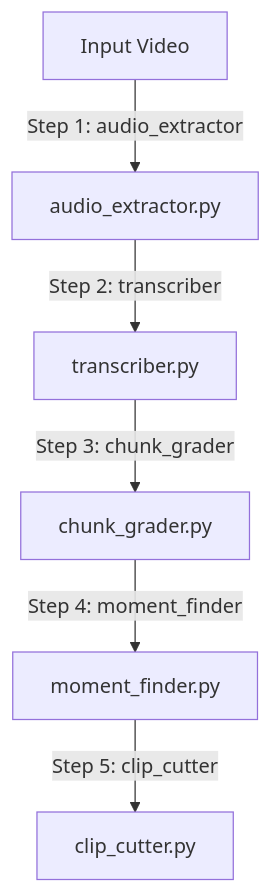
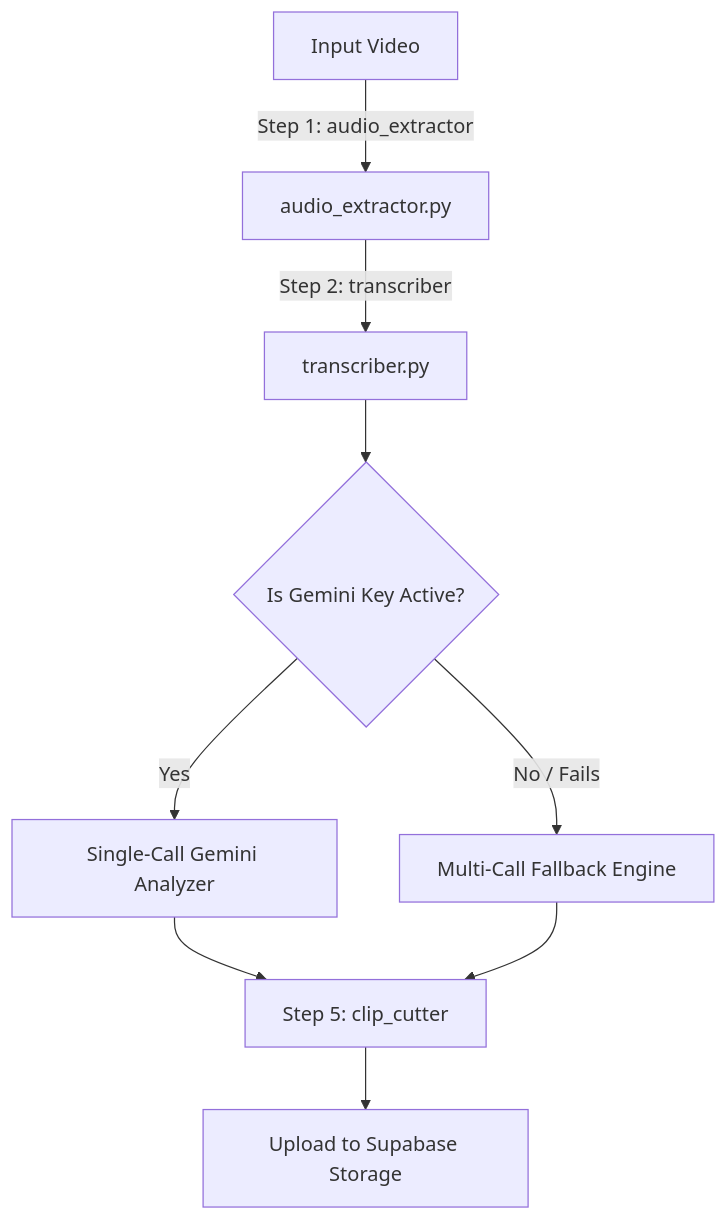
The diagram in backend/README.md (kanak227/Framey), drawn with Mermaid before and after one commit. The commit also changed other lines of this file and 18 other files, not shown here.

Commit message:
feat: Single-Call Gemini architecture, Supabase storage, download fix, and code cleanup

````diff
--- a/backend/README.md
+++ b/backend/README.md
@@ -11,8 +11,11 @@
 ```mermaid
 graph TD
     A[Input Video] -->|Step 1: audio_extractor| B[audio_extractor.py]
     B -->|Step 2: transcriber| C[transcriber.py]
-    C -->|Step 3: chunk_grader| D[chunk_grader.py]
-    D -->|Step 4: moment_finder| E[moment_finder.py]
-    E -->|Step 5: clip_cutter| F[clip_cutter.py]
+    C --> D{Is Gemini Key Active?}
+    D -- Yes --> E[Single-Call Gemini Analyzer]
+    D -- No / Fails --> F[Multi-Call Fallback Engine]
+    E --> G[Step 5: clip_cutter]
+    F --> G[Step 5: clip_cutter]
+    G --> H[Upload to Supabase Storage]
 ```
````
